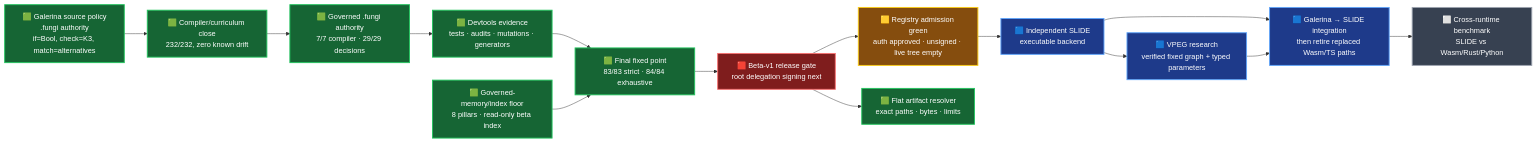
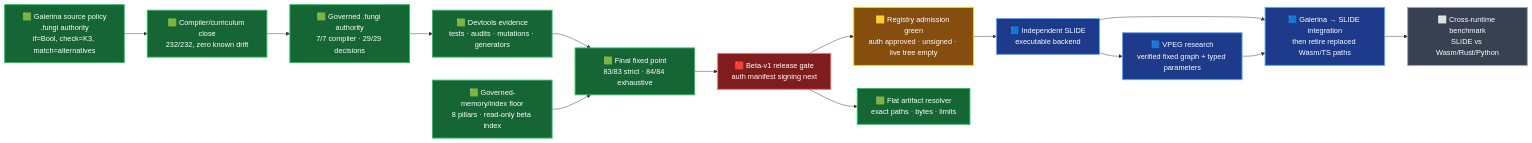
One commit to TritHypha/Deveolpment-runtime-fungi-gate changed the diagram in docs/roadmap-2026-07-29-galerina-beta-v1-to-slide.md. Above: the diagram before and after it, drawn with Mermaid. The commit also changed other lines of this file and 7 other files, not shown here.

Commit message:
security(registry): admit root-signed delegation

````diff
--- a/docs/roadmap-2026-07-29-galerina-beta-v1-to-slide.md
+++ b/docs/roadmap-2026-07-29-galerina-beta-v1-to-slide.md
@@ -22,34 +22,34 @@
 ```mermaid
 flowchart LR
     A["🟩 Galerina source policy<br/>.fungi authority<br/>if=Bool, check=K3, match=alternatives"]
     B["🟩 Compiler/curriculum close<br/>232/232, zero known drift"]
     C["🟩 Governed .fungi authority<br/>7/7 compiler · 29/29 decisions"]
     D["🟩 Devtools evidence<br/>tests · audits · mutations · generators"]
     E["🟩 Final fixed point<br/>83/83 strict · 84/84 exhaustive"]
-    F["🟥 Beta-v1 release gate<br/>root delegation signing next"]
+    F["🟥 Beta-v1 release gate<br/>auth manifest signing next"]
     G["🟨 Registry admission green<br/>auth approved · unsigned · live tree empty"]
     H["🟦 Independent SLIDE<br/>executable backend"]
     I["🟦 Galerina → SLIDE integration<br/>then retire replaced Wasm/TS paths"]
     J["⬜ Cross-runtime benchmark<br/>SLIDE vs Wasm/Rust/Python"]
     P["🟩 Flat artifact resolver<br/>exact paths · bytes · limits"]
     M["🟦 VPEG research<br/>verified fixed graph + typed parameters"]
     Z["🟩 Governed-memory/index floor<br/>8 pillars · read-only beta index"]
 
     A --> B --> C --> D --> E --> F --> G --> H --> I --> J
     Z --> E
     F --> P
     H --> M
     M --> I
 
     classDef green fill:#166534,color:#ffffff,stroke:#22c55e,stroke-width:2px;
     classDef amber fill:#854d0e,color:#ffffff,stroke:#facc15,stroke-width:2px;
     classDef red fill:#7f1d1d,color:#ffffff,stroke:#f87171,stroke-width:2px;
     classDef blue fill:#1e3a8a,color:#ffffff,stroke:#60a5fa,stroke-width:2px;
     classDef grey fill:#374151,color:#ffffff,stroke:#9ca3af,stroke-width:2px;
     class A,B,C,D,E,Z green;
     class F red;
     class G amber;
     class H,I,M blue;
     class P green;
     class J grey;
 ```
````
